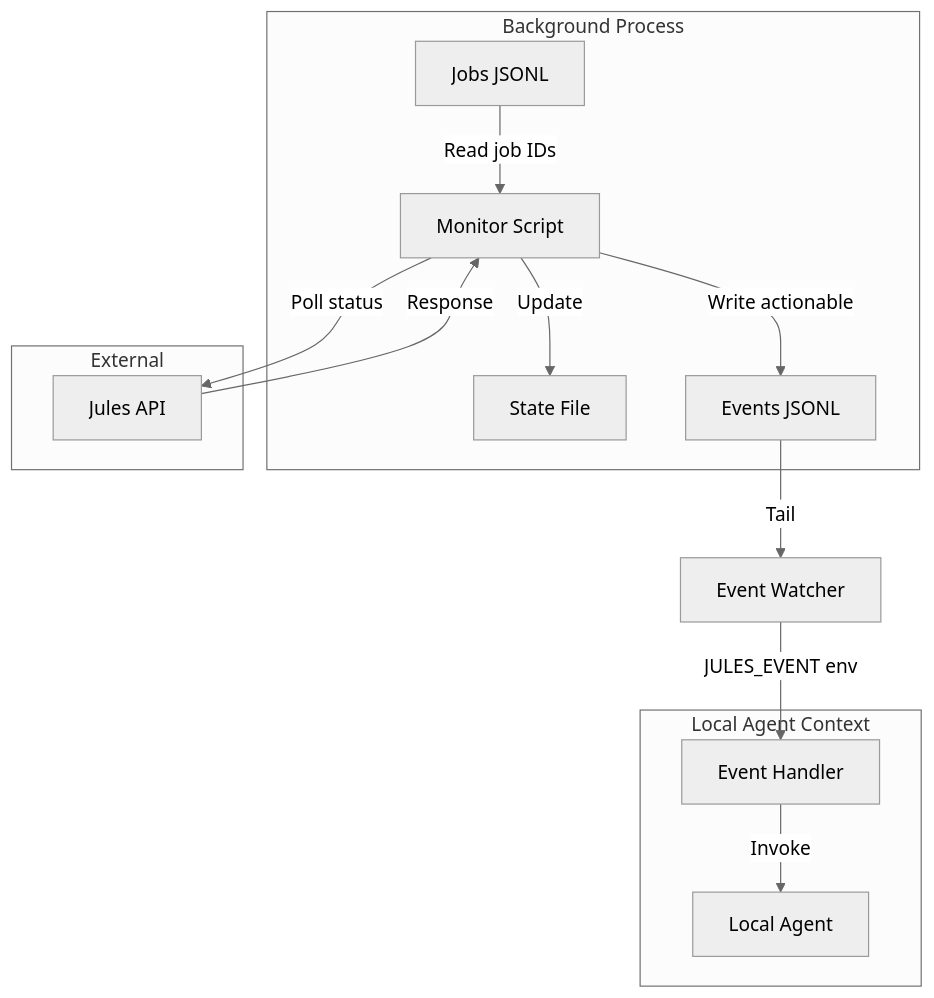
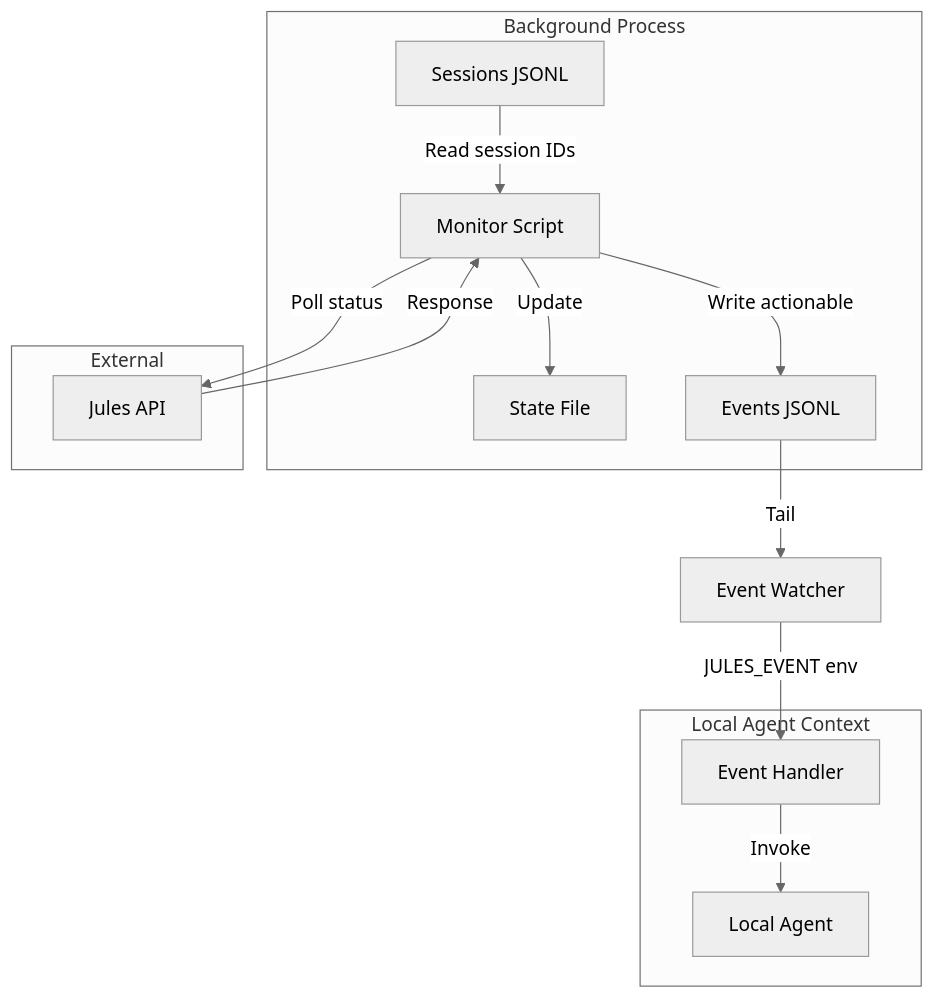
The second of 3 diagrams in docs/architecture.md (MikBin/jules-mcp), drawn with Mermaid (neutral theme) before and after one commit. The commit also changed other lines of this file and 2 other files, not shown here.

Commit message:
docs: Update documentation for Jules MCP Server v2.0.0 and Session APIs (#7)

````diff
--- a/docs/architecture.md
+++ b/docs/architecture.md
@@ -111,28 +101,28 @@
 ```mermaid
 flowchart TB
     subgraph Background Process
         M[Monitor Script]
         S[State File]
-        J[Jobs JSONL]
+        J[Sessions JSONL]
         E[Events JSONL]
     end
 
     subgraph Local Agent Context
         Z[Local Agent]
         H[Event Handler]
     end
 
     subgraph External
         API[Jules API]
     end
 
-    J -->|Read job IDs| M
+    J -->|Read session IDs| M
     M -->|Poll status| API
     API -->|Response| M
     M -->|Update| S
     M -->|Write actionable| E
 
     E -->|Tail| W[Event Watcher]
     W -->|JULES_EVENT env| H
     H -->|Invoke| Z
 ```
````
